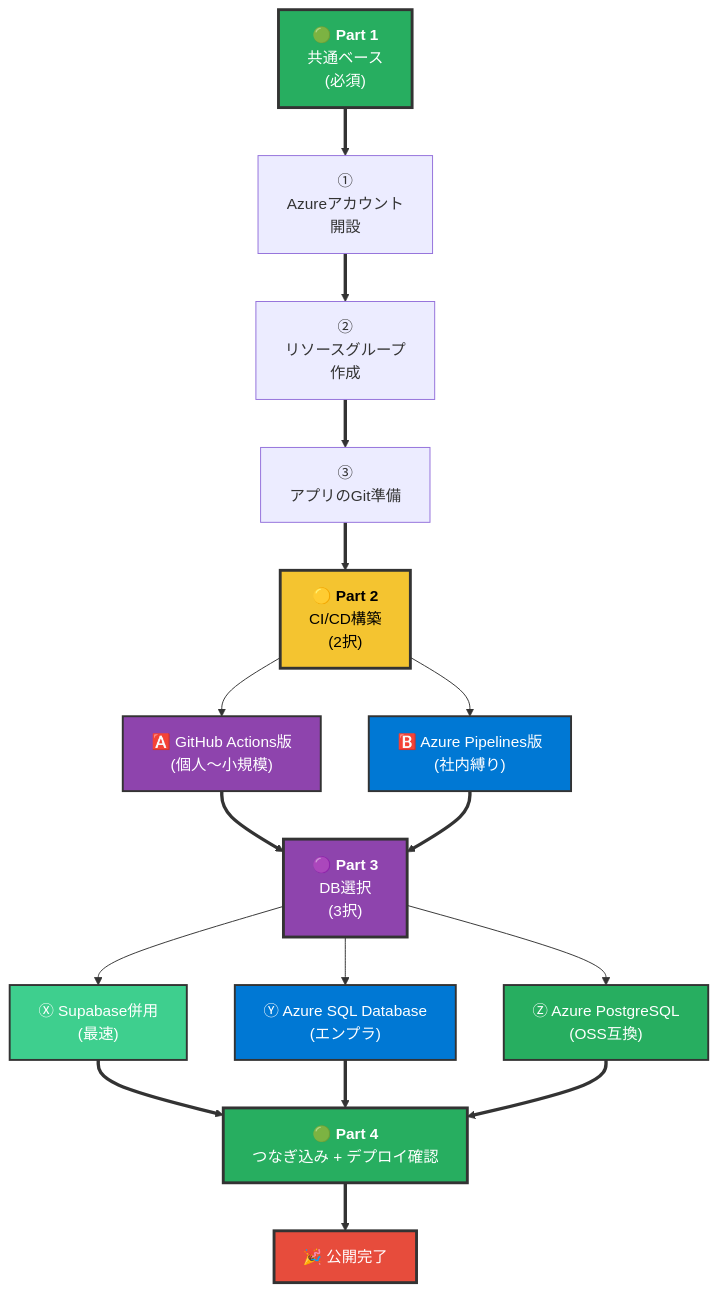
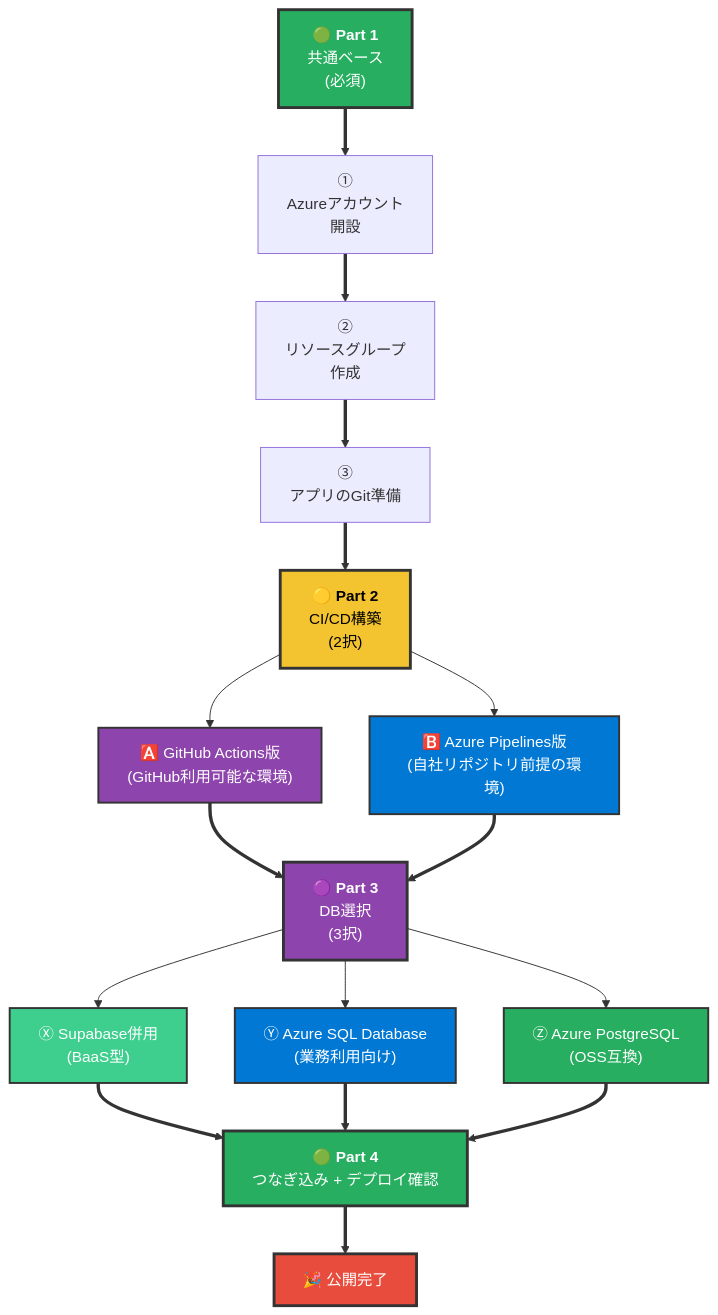
Before and after one commit to kasuyaofcb/tech_docs: the first of 19 diagrams in azure/setup.md, drawn with Mermaid. The commit also changed other lines of this file and 1 other file, not shown here.

First line of the commit message:
docs(azure): 主観表現・スラングを除き、中立的な記述に統一

````diff
--- a/azure/setup.md
+++ b/azure/setup.md
@@ -16,35 +16,35 @@
 ```mermaid
 flowchart TB
     P1["🟢 <b>Part 1</b><br/>共通ベース<br/>(必須)"]
 
     P1 ==> S1["①<br/>Azureアカウント<br/>開設"]
     S1 ==> S2["②<br/>リソースグループ<br/>作成"]
     S2 ==> S3["③<br/>アプリのGit準備"]
 
     S3 ==> P2["🟡 <b>Part 2</b><br/>CI/CD構築<br/>(2択)"]
-    P2 --> A["🅰️ GitHub Actions版<br/>(個人〜小規模)"]
-    P2 --> B["🅱️ Azure Pipelines版<br/>(社内縛り)"]
+    P2 --> A["🅰️ GitHub Actions版<br/>(GitHub利用可能な環境)"]
+    P2 --> B["🅱️ Azure Pipelines版<br/>(自社リポジトリ前提の環境)"]
 
     A ==> P3["🟣 <b>Part 3</b><br/>DB選択<br/>(3択)"]
     B ==> P3
-    P3 --> X["Ⓧ Supabase併用<br/>(最速)"]
-    P3 --> Y["Ⓨ Azure SQL Database<br/>(エンプラ)"]
+    P3 --> X["Ⓧ Supabase併用<br/>(BaaS型)"]
+    P3 --> Y["Ⓨ Azure SQL Database<br/>(業務利用向け)"]
     P3 --> Z["Ⓩ Azure PostgreSQL<br/>(OSS互換)"]
 
     X ==> P4["🟢 <b>Part 4</b><br/>つなぎ込み + デプロイ確認"]
     Y ==> P4
     Z ==> P4
 
     P4 ==> END["🎉 公開完了"]
 
     style P1 fill:#27AE60,color:#FFFFFF,stroke:#333,stroke-width:3px
     style P2 fill:#F4C430,color:#000,stroke:#333,stroke-width:3px
     style P3 fill:#8E44AD,color:#FFFFFF,stroke:#333,stroke-width:3px
     style P4 fill:#27AE60,color:#FFFFFF,stroke:#333,stroke-width:3px
     style A fill:#8E44AD,color:#FFFFFF,stroke:#333,stroke-width:2px
     style B fill:#0078D4,color:#FFFFFF,stroke:#333,stroke-width:2px
     style X fill:#3ECF8E,color:#FFFFFF,stroke:#333,stroke-width:2px
     style Y fill:#0078D4,color:#FFFFFF,stroke:#333,stroke-width:2px
     style Z fill:#27AE60,color:#FFFFFF,stroke:#333,stroke-width:2px
     style END fill:#E74C3C,color:#FFFFFF,stroke:#333,stroke-width:3px
 ```
````
